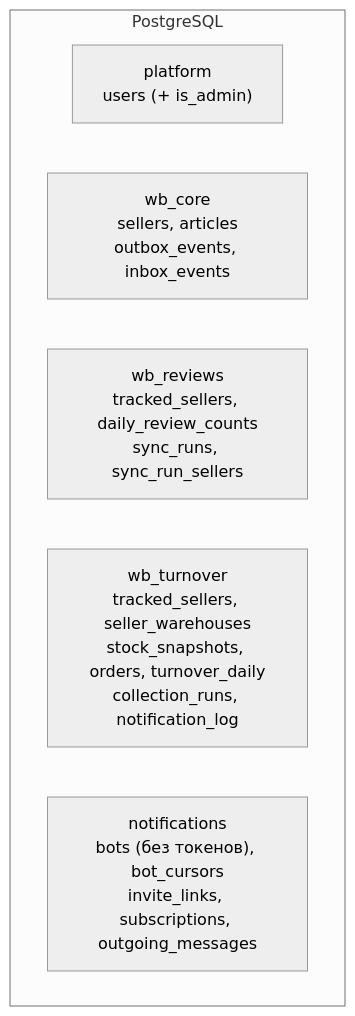
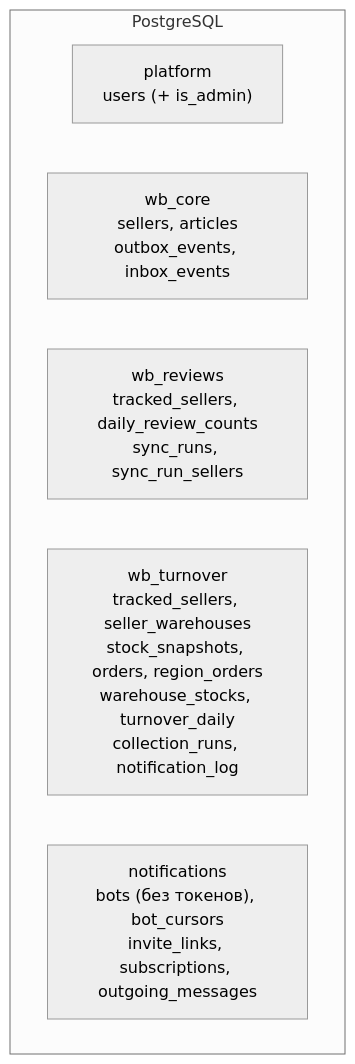
The diagram in docs/architecture/DATA.md (krionefishy/karbi), drawn with Mermaid (neutral theme) before and after one commit. The commit also changed other lines of this file and 19 other files, not shown here.

````diff
--- a/docs/architecture/DATA.md
+++ b/docs/architecture/DATA.md
@@ -7,10 +7,10 @@
 ```mermaid
 flowchart TB
     subgraph db["PostgreSQL"]
         platform["platform<br/>users (+ is_admin)"]
         core["wb_core<br/>sellers, articles<br/>outbox_events, inbox_events"]
         reviews["wb_reviews<br/>tracked_sellers, daily_review_counts<br/>sync_runs, sync_run_sellers"]
-        turnover["wb_turnover<br/>tracked_sellers, seller_warehouses<br/>stock_snapshots, orders, turnover_daily<br/>collection_runs, notification_log"]
+        turnover["wb_turnover<br/>tracked_sellers, seller_warehouses<br/>stock_snapshots, orders, region_orders<br/>warehouse_stocks, turnover_daily<br/>collection_runs, notification_log"]
         notify["notifications<br/>bots (без токенов), bot_cursors<br/>invite_links, subscriptions, outgoing_messages"]
     end
 ```
````
